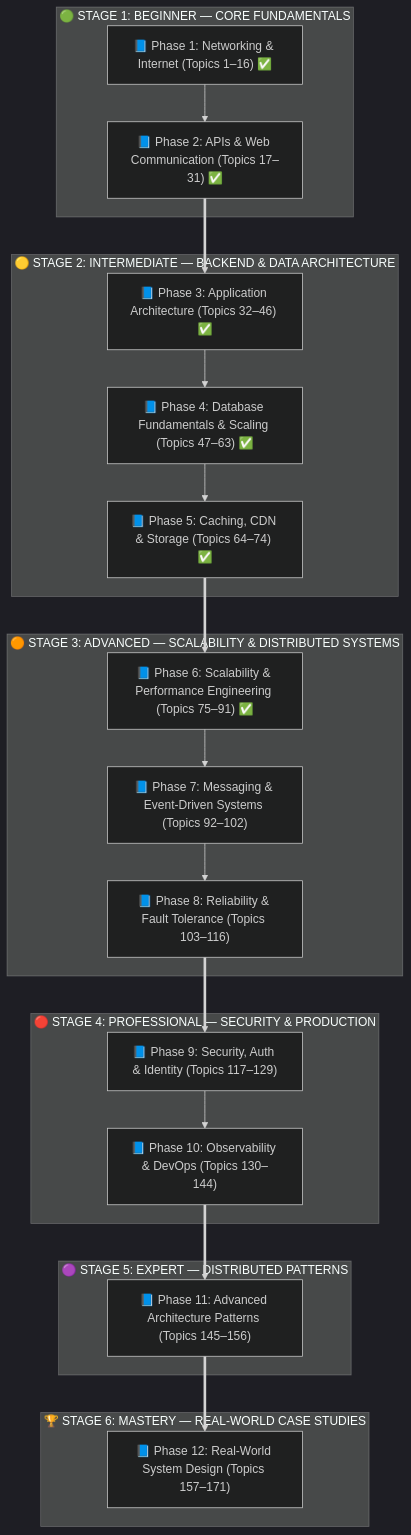
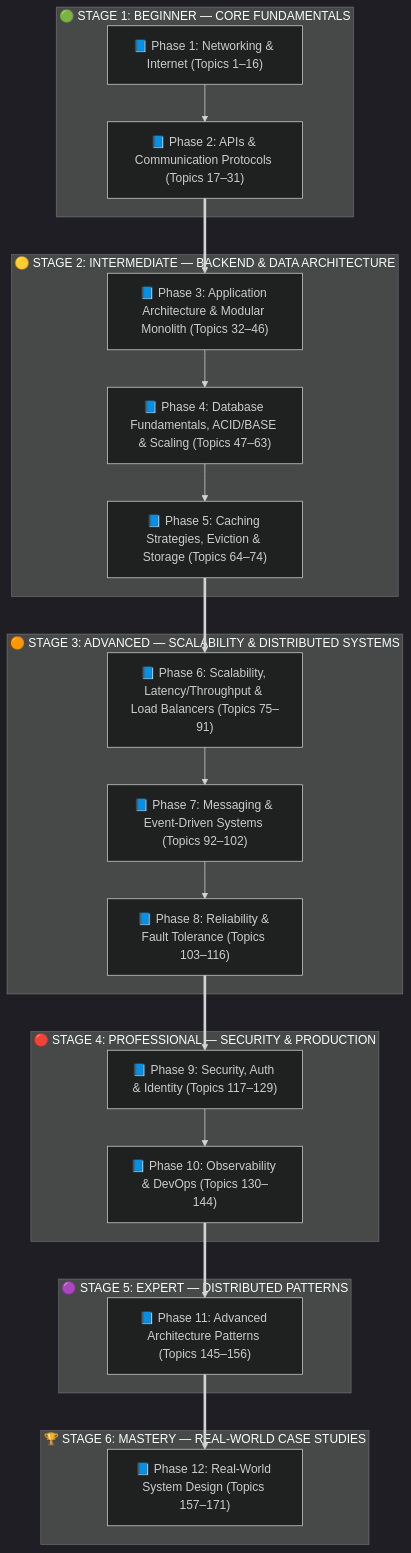
The first of 22 diagrams in README.md (Sujalkathait/high-level-design), drawn with Mermaid (dark theme) before and after one commit. The commit also changed other lines of this file, not shown here.

Commit message:
docs: implement strict 22-section architectural framework across core HLD topics in simple English

````diff
--- a/README.md
+++ b/README.md
@@ -9,34 +40,34 @@
 ```mermaid
 flowchart TD
-    subgraph Stage1 [🟢 STAGE 1: BEGINNER — CORE FUNDAMENTALS]
-        P1["📘 Phase 1: Networking & Internet (Topics 1–16) ✅"]
-        P2["📘 Phase 2: APIs & Web Communication (Topics 17–31) ✅"]
+    subgraph S1 [🟢 STAGE 1: BEGINNER — CORE FUNDAMENTALS]
+        P1["📘 Phase 1: Networking & Internet (Topics 1–16)"]
+        P2["📘 Phase 2: APIs & Communication Protocols (Topics 17–31)"]
     end
 
-    subgraph Stage2 [🟡 STAGE 2: INTERMEDIATE — BACKEND & DATA ARCHITECTURE]
-        P3["📘 Phase 3: Application Architecture (Topics 32–46) ✅"]
-        P4["📘 Phase 4: Database Fundamentals & Scaling (Topics 47–63) ✅"]
-        P5["📘 Phase 5: Caching, CDN & Storage (Topics 64–74) ✅"]
+    subgraph S2 [🟡 STAGE 2: INTERMEDIATE — BACKEND & DATA ARCHITECTURE]
+        P3["📘 Phase 3: Application Architecture & Modular Monolith (Topics 32–46)"]
+        P4["📘 Phase 4: Database Fundamentals, ACID/BASE & Scaling (Topics 47–63)"]
+        P5["📘 Phase 5: Caching Strategies, Eviction & Storage (Topics 64–74)"]
     end
 
-    subgraph Stage3 [🟠 STAGE 3: ADVANCED — SCALABILITY & DISTRIBUTED SYSTEMS]
-        P6["📘 Phase 6: Scalability & Performance Engineering (Topics 75–91) ✅"]
+    subgraph S3 [🟠 STAGE 3: ADVANCED — SCALABILITY & DISTRIBUTED SYSTEMS]
+        P6["📘 Phase 6: Scalability, Latency/Throughput & Load Balancers (Topics 75–91)"]
         P7["📘 Phase 7: Messaging & Event-Driven Systems (Topics 92–102)"]
         P8["📘 Phase 8: Reliability & Fault Tolerance (Topics 103–116)"]
     end
 
-    subgraph Stage4 [🔴 STAGE 4: PROFESSIONAL — SECURITY & PRODUCTION]
+    subgraph S4 [🔴 STAGE 4: PROFESSIONAL — SECURITY & PRODUCTION]
         P9["📘 Phase 9: Security, Auth & Identity (Topics 117–129)"]
         P10["📘 Phase 10: Observability & DevOps (Topics 130–144)"]
     end
 
-    subgraph Stage5 [🟣 STAGE 5: EXPERT — DISTRIBUTED PATTERNS]
+    subgraph S5 [🟣 STAGE 5: EXPERT — DISTRIBUTED PATTERNS]
         P11["📘 Phase 11: Advanced Architecture Patterns (Topics 145–156)"]
     end
 
-    subgraph Stage6 [🏆 STAGE 6: MASTERY — REAL-WORLD CASE STUDIES]
+    subgraph S6 [🏆 STAGE 6: MASTERY — REAL-WORLD CASE STUDIES]
         P12["📘 Phase 12: Real-World System Design (Topics 157–171)"]
     end
 
     P1 --> P2 ==> P3 --> P4 --> P5 ==> P6 --> P7 --> P8 ==> P9 --> P10 ==> P11 ==> P12
 ```
````
